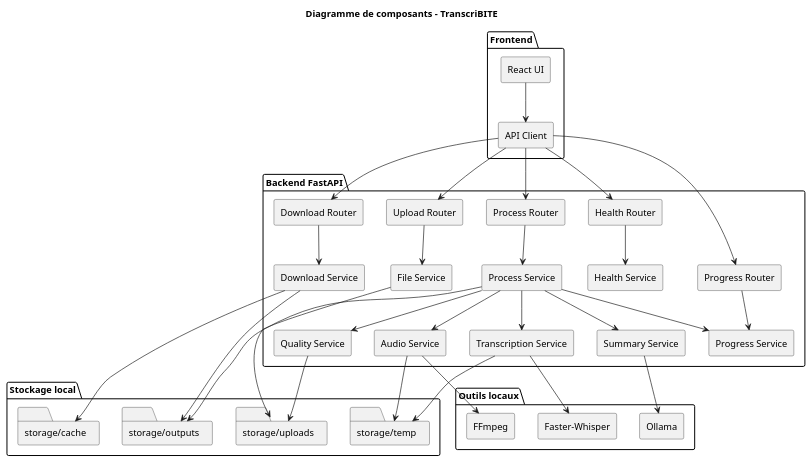
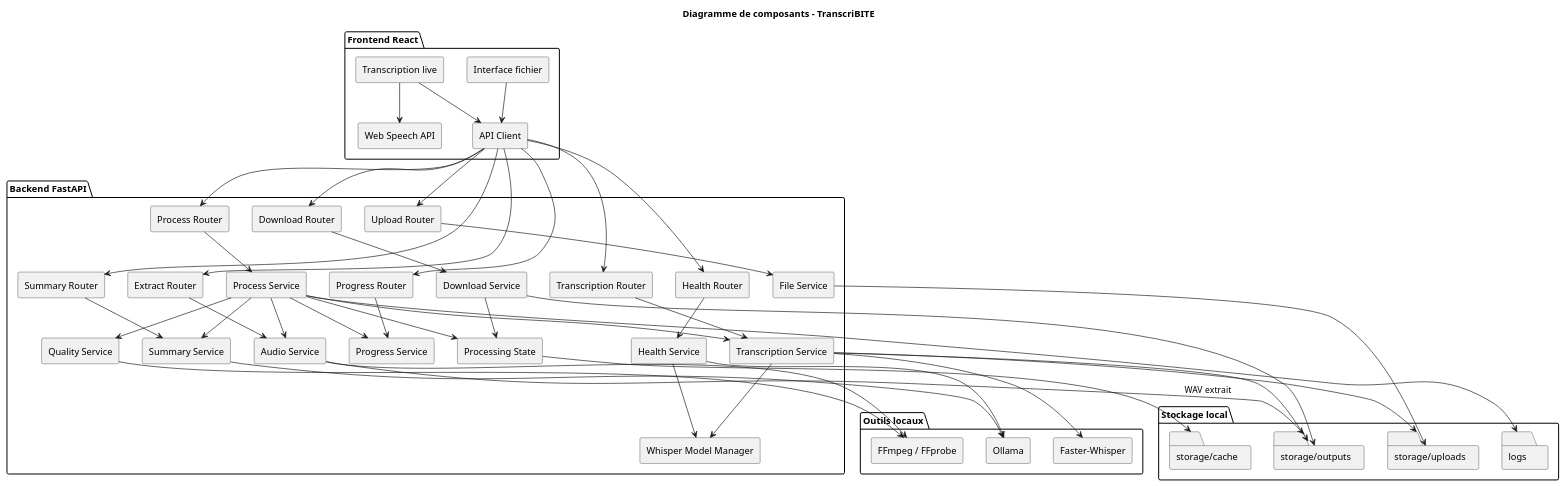
The diagram in docs/uml/component_diagram.puml (ilyas5555359/TranscriBITE), drawn with PlantUML before and after one commit. The commit also changed 4 other files, not shown here.

Commit message:
docs: update UML diagrams for current platform

```diff
--- a/docs/uml/component_diagram.puml
+++ b/docs/uml/component_diagram.puml
@@ -1,79 +1,93 @@
 @startuml
 title Diagramme de composants - TranscriBITE
-
 skinparam componentStyle rectangle
 
-package "Frontend" {
-    [React UI] as React
+package "Frontend React" {
+    [Interface fichier] as FileUI
+    [Transcription live] as LiveUI
     [API Client] as ApiClient
+    [Web Speech API] as SpeechAPI
 }
 
 package "Backend FastAPI" {
     [Upload Router] as UploadRouter
     [Process Router] as ProcessRouter
     [Progress Router] as ProgressRouter
     [Download Router] as DownloadRouter
     [Health Router] as HealthRouter
+    [Transcription Router] as TranscriptionRouter
+    [Extract Router] as ExtractRouter
+    [Summary Router] as SummaryRouter
 
     [File Service] as FileService
     [Process Service] as ProcessService
     [Progress Service] as ProgressService
     [Quality Service] as QualityService
     [Audio Service] as AudioService
     [Transcription Service] as TranscriptionService
     [Summary Service] as SummaryService
     [Download Service] as DownloadService
     [Health Service] as HealthService
+    [Processing State] as ProcessingState
+    [Whisper Model Manager] as WhisperManager
 }
 
 package "Outils locaux" {
-    [FFmpeg] as FFmpeg
+    [FFmpeg / FFprobe] as MediaTools
     [Faster-Whisper] as Whisper
     [Ollama] as Ollama
 }
 
 package "Stockage local" {
     folder "storage/uploads" as UploadStorage
-    folder "storage/temp" as TempStorage
     folder "storage/outputs" as OutputStorage
     folder "storage/cache" as CacheStorage
+    folder "logs" as LogStorage
 }
 
-React --> ApiClient
+FileUI --> ApiClient
+LiveUI --> SpeechAPI
+LiveUI --> ApiClient
 
 ApiClient --> UploadRouter
 ApiClient --> ProcessRouter
 ApiClient --> ProgressRouter
 ApiClient --> DownloadRouter
 ApiClient --> HealthRouter
+ApiClient --> TranscriptionRouter
+ApiClient --> ExtractRouter
+ApiClient --> SummaryRouter
 
 UploadRouter --> FileService
 ProcessRouter --> ProcessService
 ProgressRouter --> ProgressService
 DownloadRouter --> DownloadService
 HealthRouter --> HealthService
+TranscriptionRouter --> TranscriptionService
+ExtractRouter --> AudioService
+SummaryRouter --> SummaryService
 
 ProcessService --> QualityService
 ProcessService --> AudioService
 ProcessService --> TranscriptionService
 ProcessService --> SummaryService
 ProcessService --> ProgressService
+ProcessService --> ProcessingState
 
 FileService --> UploadStorage
-
-QualityService --> UploadStorage
-
-AudioService --> FFmpeg
-AudioService --> TempStorage
-
+QualityService --> MediaTools
+AudioService --> MediaTools
+AudioService --> OutputStorage : WAV extrait
+TranscriptionService --> WhisperManager
 TranscriptionService --> Whisper
-TranscriptionService --> TempStorage
-
+TranscriptionService --> UploadStorage
+TranscriptionService --> OutputStorage
 SummaryService --> Ollama
-
+DownloadService --> ProcessingState
 DownloadService --> OutputStorage
-DownloadService --> CacheStorage
-
-ProcessService --> OutputStorage
+HealthService --> Ollama
+HealthService --> WhisperManager
+ProcessingState --> CacheStorage
+ProcessService --> LogStorage
 
 @enduml
```
